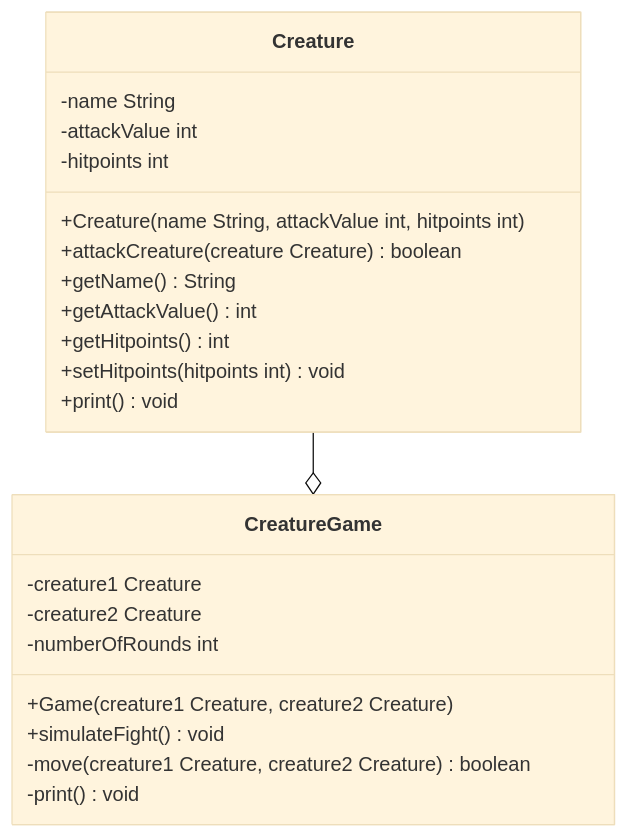
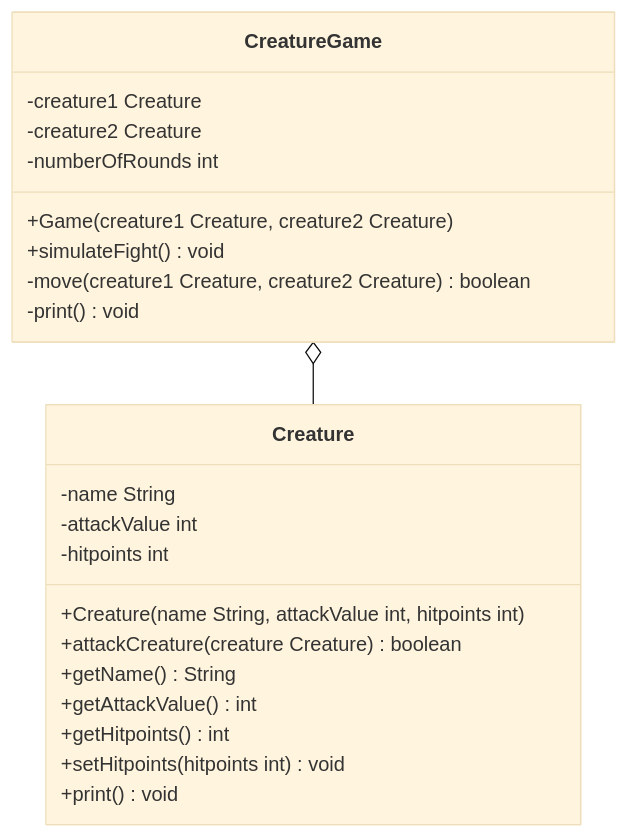
Before and after one commit to jappuccini/java-docs: the diagram in docs/exercises/uml/class-diagrams03.md, drawn with Mermaid (base theme).

````diff
--- a/docs/exercises/uml/class-diagrams03.md
+++ b/docs/exercises/uml/class-diagrams03.md
@@ -14,27 +14,27 @@
 ```mermaid
 classDiagram
-    Creature --o CreatureGame
+    CreatureGame o-- Creature
 
     class CreatureGame {
         -creature1 Creature
         -creature2 Creature
         -numberOfRounds int
         +Game(creature1 Creature, creature2 Creature)
         +simulateFight() void
         -move(creature1 Creature, creature2 Creature) boolean
         -print() void
     }
 
     class Creature {
         -name String
         -attackValue int
         -hitpoints int
         +Creature(name String, attackValue int, hitpoints int)
         +attackCreature(creature Creature) boolean
         +getName() String
         +getAttackValue() int
         +getHitpoints() int
         +setHitpoints(hitpoints int) void
         +print() void
     }
 ```
````
